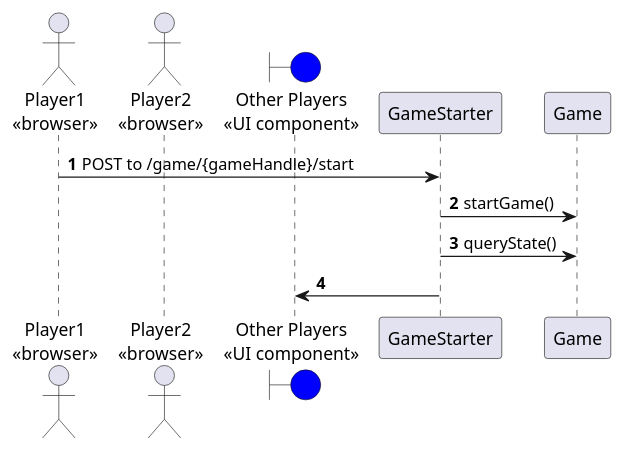
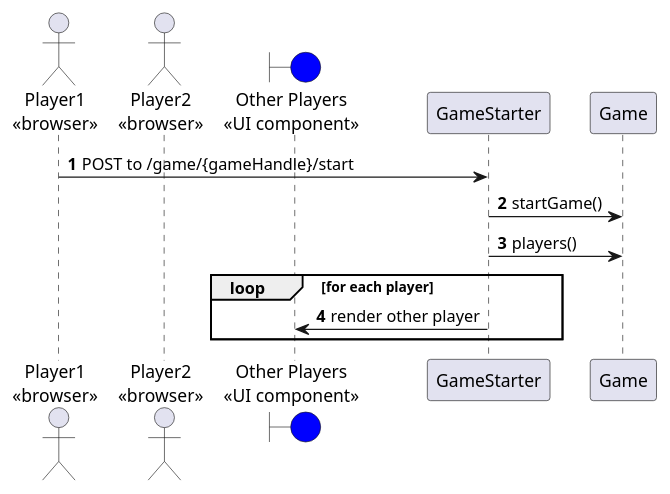
The diagram in src/main/java/dev/ted/tddgame/adapter/out/websocket/start-game-sequence.puml (jitterted/tdd-game), drawn with PlantUML before and after one commit. The commit also changed 1 other file, not shown here.

```diff
--- a/src/main/java/dev/ted/tddgame/adapter/out/websocket/start-game-sequence.puml
+++ b/src/main/java/dev/ted/tddgame/adapter/out/websocket/start-game-sequence.puml
@@ -1,14 +1,16 @@
 @startuml
 
 autonumber
 
 actor "Player1\n<<browser>>" as Player1
 actor "Player2\n<<browser>>" as Player2
 boundary "Other Players\n<<UI component>>" as OtherPlayers #blue
 
 Player1 -> GameStarter: POST to /game/{gameHandle}/start
 GameStarter -> Game: startGame()
-GameStarter -> Game: queryState()
-GameStarter -> OtherPlayers
+GameStarter -> Game: players()
+loop for each player
+    GameStarter -> OtherPlayers: render other player
+end
 
 @enduml
```
